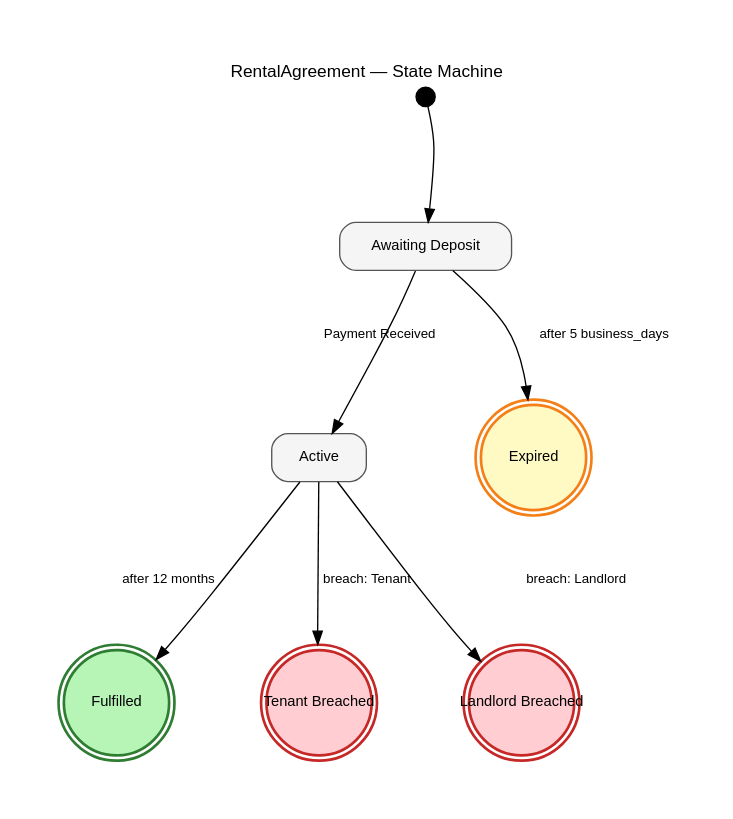
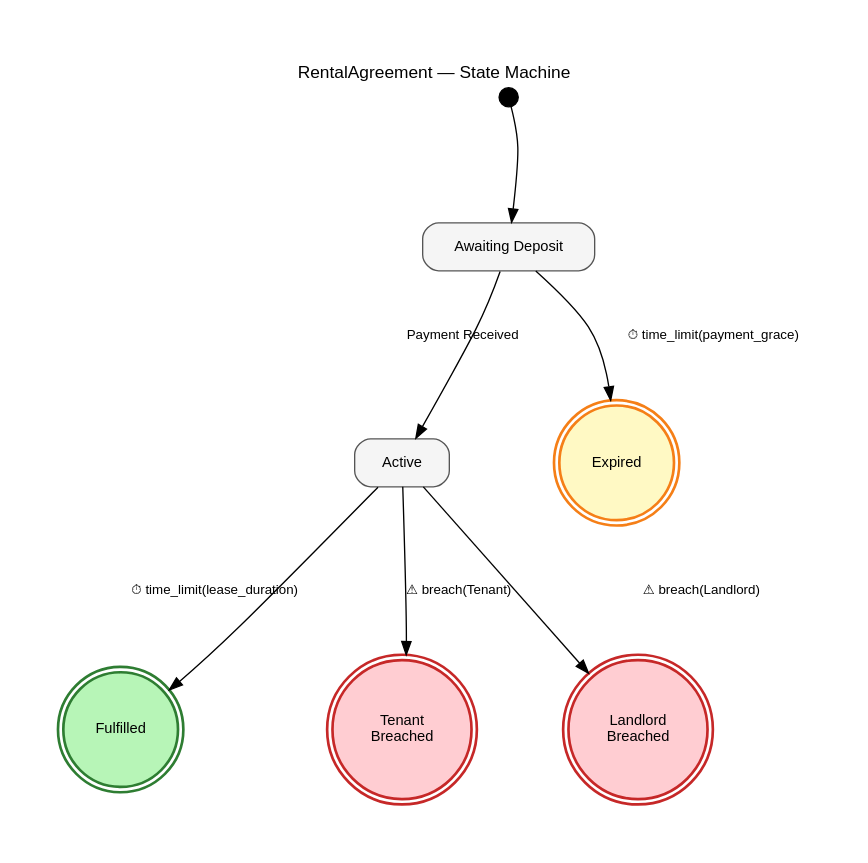
Before and after one commit to codeNinja62/LexScript: the diagram in examples/rental.dot, drawn with Graphviz. The commit also changed 3 other files, not shown here.

Commit message:
Fix terminal node label overflow: wrap words with newline, remove fixedsize

```diff
--- a/examples/rental.dot
+++ b/examples/rental.dot
@@ -1,29 +1,29 @@
 digraph RentalAgreement {
     rankdir=TB;
     splines=curved;
     concentrate=true;
     nodesep=0.9;
     ranksep=1.2;
     graph [fontname="Helvetica" fontsize=13 label="RentalAgreement — State Machine" labelloc=t labeljust=c pad=0.5];
     node  [fontname="Helvetica" fontsize=11 margin="0.25,0.15"];
     edge  [fontname="Helvetica" fontsize=10];
 
     // Entry point
     __start [label="" shape=point width=0.2];
     __start -> AwaitingDeposit;
 
     // States
     AwaitingDeposit [label="Awaiting Deposit" shape=box style="rounded,filled" fillcolor="#f5f5f5" color="#555555"];
     Active [label="Active" shape=box style="rounded,filled" fillcolor="#f5f5f5" color="#555555"];
-    Fulfilled [label="Fulfilled" shape=doublecircle style=filled fillcolor="#b7f5b7" color="#2e7d32" penwidth=2 width=1.1 height=1.1 fixedsize=true];
-    TenantBreached [label="Tenant Breached" shape=doublecircle style=filled fillcolor="#ffcdd2" color="#c62828" penwidth=2 width=1.1 height=1.1 fixedsize=true];
-    LandlordBreached [label="Landlord Breached" shape=doublecircle style=filled fillcolor="#ffcdd2" color="#c62828" penwidth=2 width=1.1 height=1.1 fixedsize=true];
-    Expired [label="Expired" shape=doublecircle style=filled fillcolor="#fff9c4" color="#f57f17" penwidth=2 width=1.1 height=1.1 fixedsize=true];
+    Fulfilled [label="Fulfilled" shape=doublecircle style=filled fillcolor="#b7f5b7" color="#2e7d32" penwidth=2 width=1.2 height=1.2];
+    TenantBreached [label="Tenant\nBreached" shape=doublecircle style=filled fillcolor="#ffcdd2" color="#c62828" penwidth=2 width=1.2 height=1.2];
+    LandlordBreached [label="Landlord\nBreached" shape=doublecircle style=filled fillcolor="#ffcdd2" color="#c62828" penwidth=2 width=1.2 height=1.2];
+    Expired [label="Expired" shape=doublecircle style=filled fillcolor="#fff9c4" color="#f57f17" penwidth=2 width=1.2 height=1.2];
 
     // Transitions
-    AwaitingDeposit -> Active [label="Payment Received"]
-    AwaitingDeposit -> Expired [label="after 5 business_days"]
-    Active -> TenantBreached [label="breach: Tenant"]
-    Active -> LandlordBreached [label="breach: Landlord"]
-    Active -> Fulfilled [label="after 12 months"]
+    AwaitingDeposit -> Active [label="Payment Received"];
+    AwaitingDeposit -> Expired [label="⏱ time_limit(payment_grace)"];
+    Active -> TenantBreached [label="⚠ breach(Tenant)"];
+    Active -> LandlordBreached [label="⚠ breach(Landlord)"];
+    Active -> Fulfilled [label="⏱ time_limit(lease_duration)"];
 }
```
